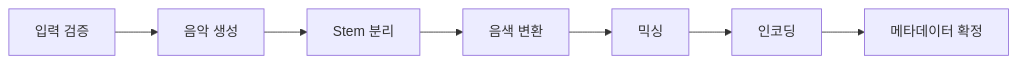
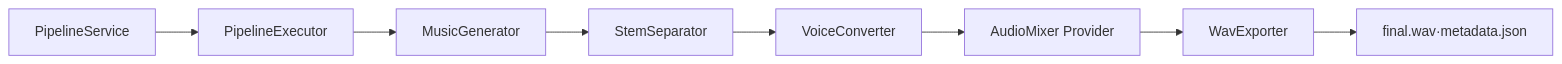
One commit to DohaStudio/DohaMusic changed the second of 2 diagrams in docs/03-architecture/ai-pipeline.md. Above: the diagram before and after it, drawn with Mermaid. The commit also changed other lines of this file and 513 other files, not shown here.

````diff
--- a/docs/03-architecture/ai-pipeline.md
+++ b/docs/03-architecture/ai-pipeline.md
@@ -6,9 +45,10 @@
 ```mermaid
 flowchart LR
-  V[입력 검증] --> G[음악 생성]
-  G --> S[Stem 분리]
-  S --> C[음색 변환]
-  C --> M[믹싱]
-  M --> E[인코딩]
-  E --> P[메타데이터 확정]
+  P[PipelineService] --> X[PipelineExecutor]
+  X --> G[MusicGenerator]
+  G --> S[StemSeparator]
+  S --> V[VoiceConverter]
+  V --> M[AudioMixer Provider]
+  M --> E[WavExporter]
+  E --> R[final.wav·metadata.json]
 ```
````
